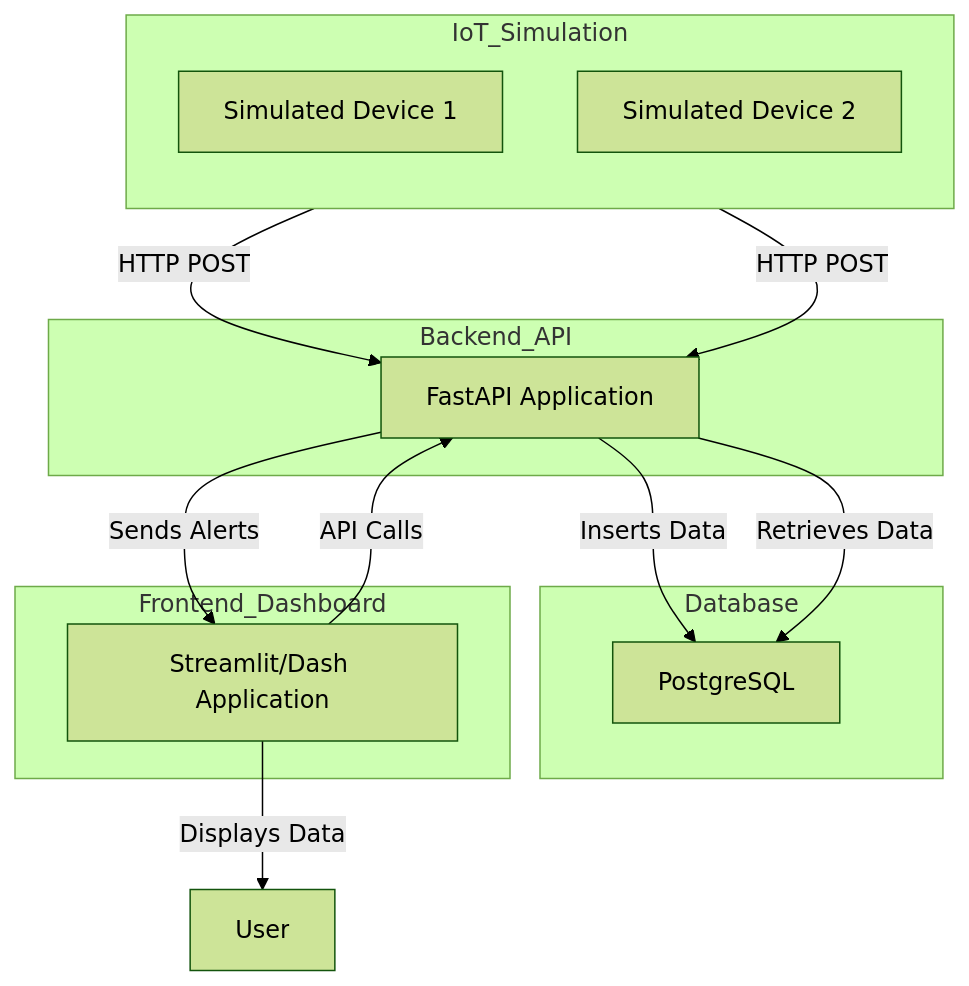
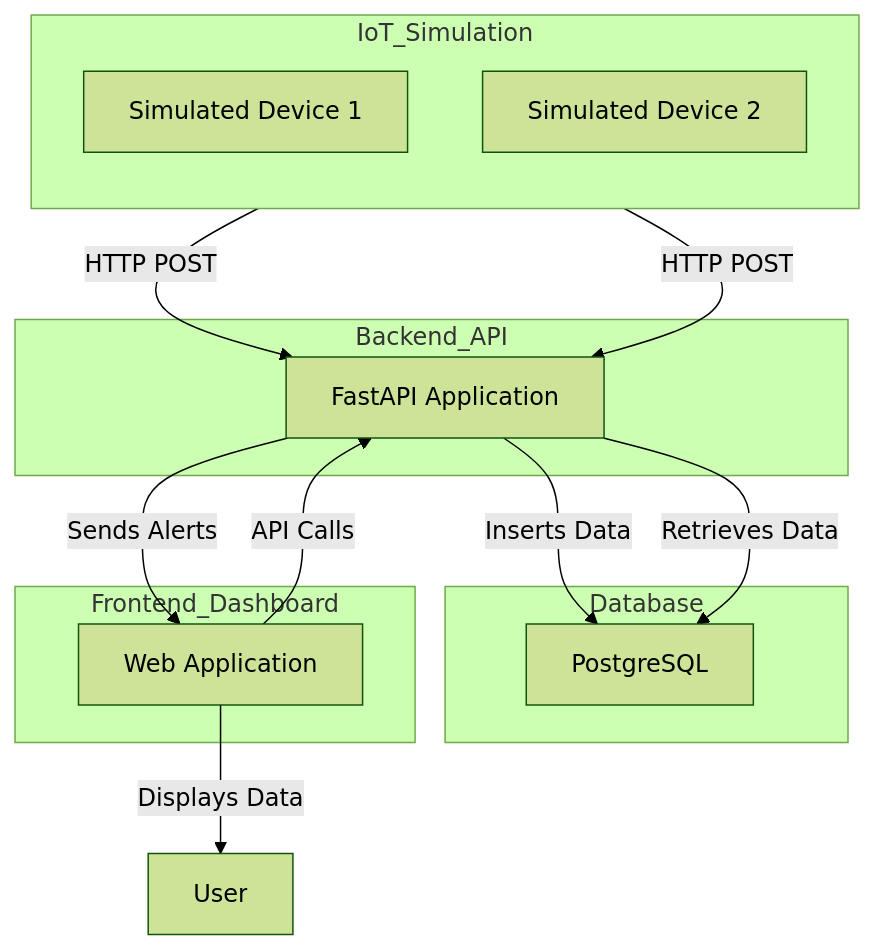
The diagram in docs/architecture-diagram.mermaid (pmind555/kapasitygo), drawn with Mermaid (forest theme) before and after one commit.

```diff
--- a/docs/architecture-diagram.mermaid
+++ b/docs/architecture-diagram.mermaid
@@ -1,22 +1,22 @@
 flowchart TD
     subgraph IoT_Simulation
         direction TB
         A1[Simulated Device 1]
         A2[Simulated Device 2]
     end
     subgraph Backend_API
         B[FastAPI Application]
     end
     subgraph Database
         C[PostgreSQL]
     end
     subgraph Frontend_Dashboard
-        D[Streamlit/Dash Application]
+        D[Web Application]
     end
     A1 -- HTTP POST --> B
     A2 -- HTTP POST --> B
     B -- Inserts Data --> C
     D -- API Calls --> B
     B -- Retrieves Data --> C
     D -- Displays Data --> User[User]
     B -- Sends Alerts --> D
```
